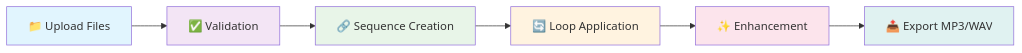
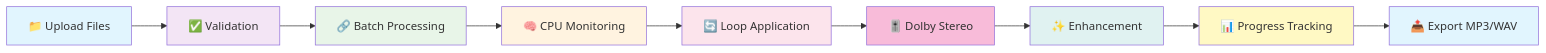
One commit to bicknicktick/mixloop changed the diagram in README.md. Above: the diagram before and after it, drawn with Mermaid. The commit also changed other lines of this file, not shown here.

````diff
--- a/README.md
+++ b/README.md
@@ -121,15 +139,21 @@
 ```mermaid
 graph LR
     A[📁 Upload Files] --> B[✅ Validation]
-    B --> C[🔗 Sequence Creation]
-    C --> D[🔄 Loop Application]
-    D --> E[✨ Enhancement]
-    E --> F[📤 Export MP3/WAV]
+    B --> C[🔗 Batch Processing]
+    C --> D[🧠 CPU Monitoring]
+    D --> E[🔄 Loop Application]
+    E --> F[🎚️ Dolby Stereo]
+    F --> G[✨ Enhancement]
+    G --> H[📊 Progress Tracking]
+    H --> I[📤 Export MP3/WAV]
     
     style A fill:#e1f5fe
     style B fill:#f3e5f5
     style C fill:#e8f5e8
     style D fill:#fff3e0
     style E fill:#fce4ec
-    style F fill:#e0f2f1
+    style F fill:#f8bbd9
+    style G fill:#e0f2f1
+    style H fill:#fff9c4
+    style I fill:#e1f5fe
 ```
````
